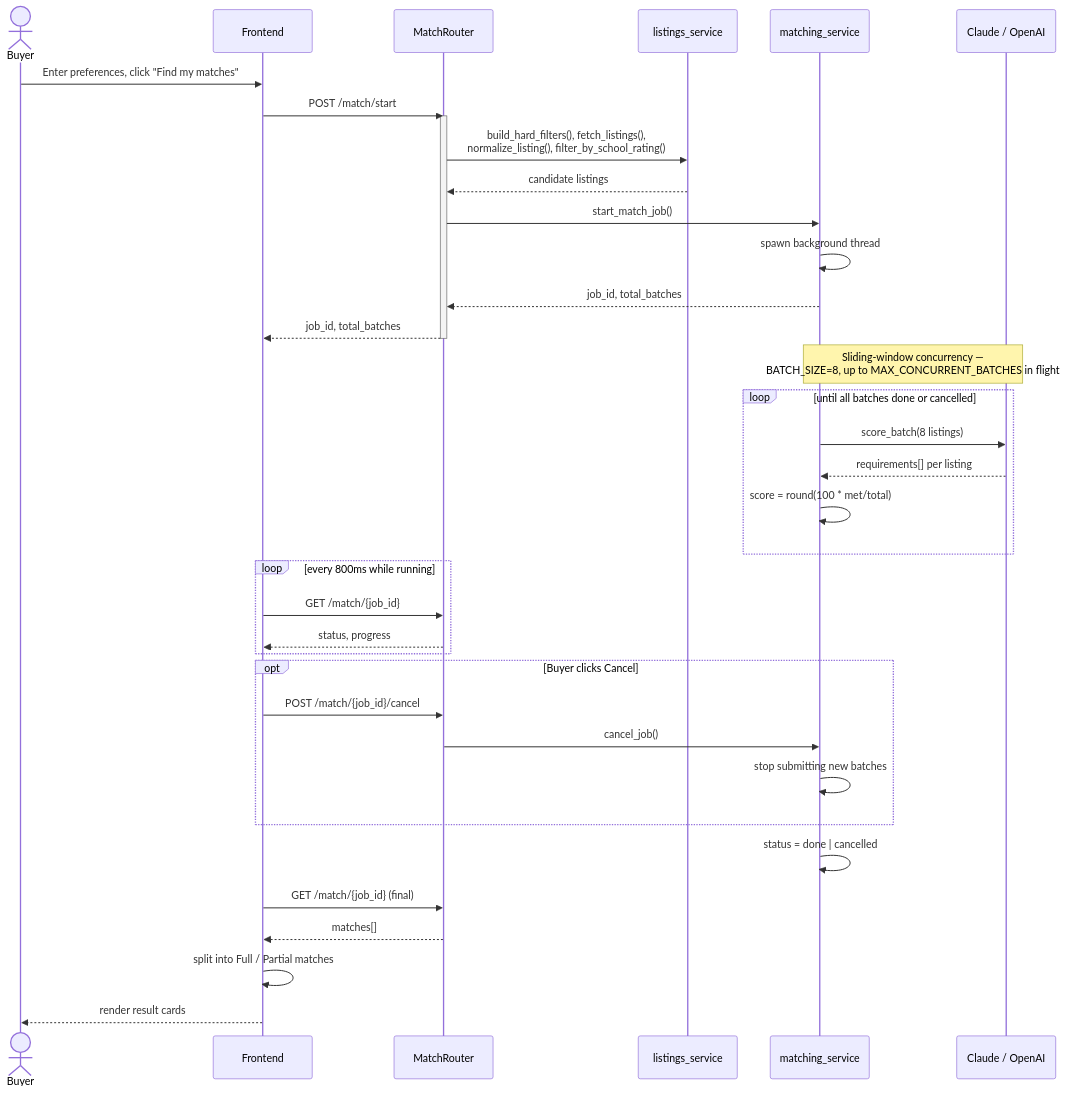
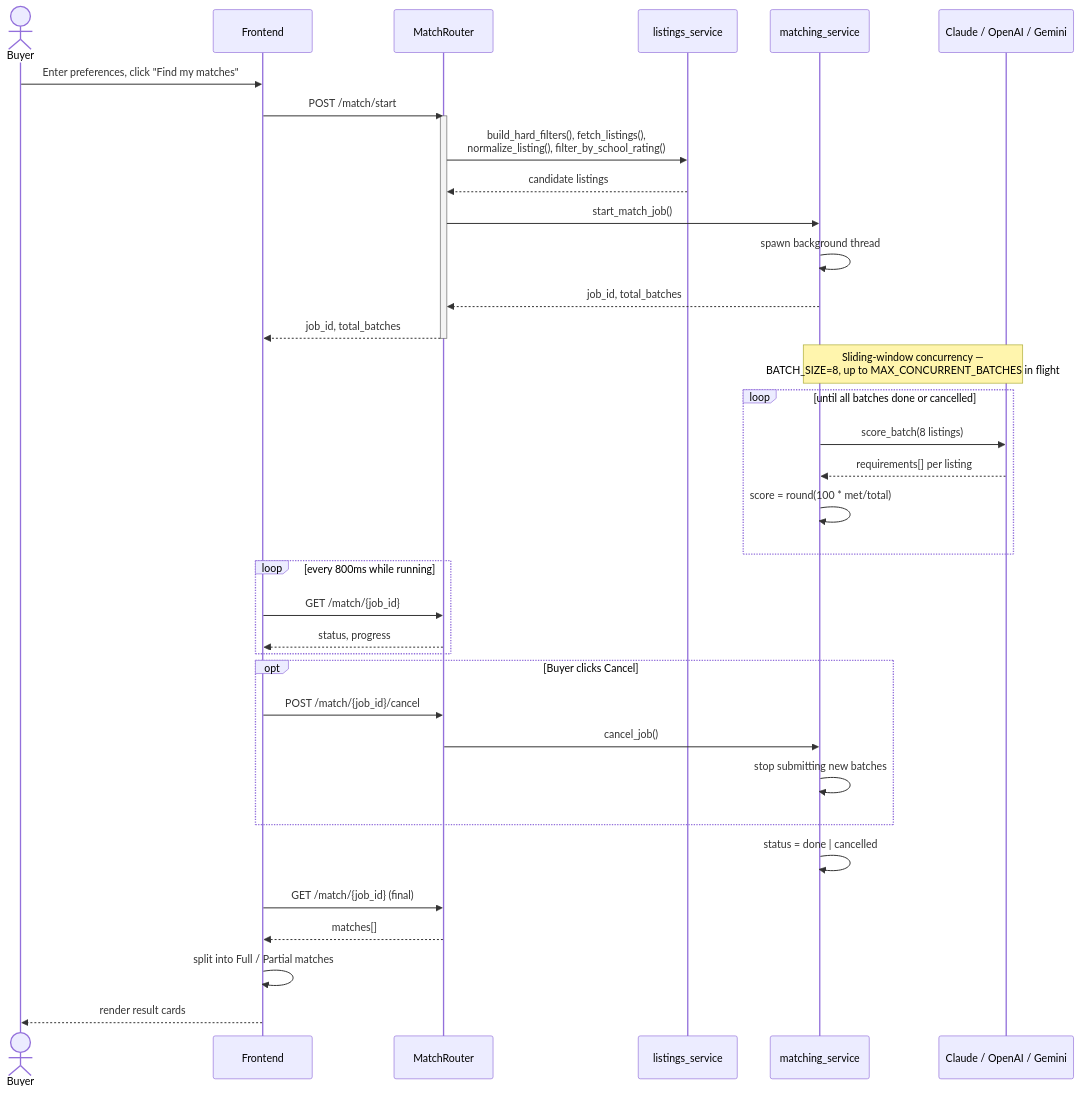
One commit to KhushbuVaishnav/HomeLens changed the fourth of 9 diagrams in docs/architecture.md. Above: the diagram before and after it, drawn with Mermaid. The commit also changed other lines of this file and 2 other files, not shown here.

````diff
--- a/docs/architecture.md
+++ b/docs/architecture.md
@@ -123,45 +129,45 @@
 ```mermaid
 sequenceDiagram
     actor Buyer
     participant FE as Frontend
     participant Router as MatchRouter
     participant LS as listings_service
     participant MS as matching_service
-    participant AI as Claude / OpenAI
+    participant AI as Claude / OpenAI / Gemini
 
     Buyer->>FE: Enter preferences, click "Find my matches"
     FE->>Router: POST /match/start
     activate Router
     Router->>LS: build_hard_filters(), fetch_listings(),<br/>normalize_listing(), filter_by_school_rating()
     LS-->>Router: candidate listings
     Router->>MS: start_match_job()
     MS->>MS: spawn background thread
     MS-->>Router: job_id, total_batches
     Router-->>FE: job_id, total_batches
     deactivate Router
 
     Note over MS,AI: Sliding-window concurrency —<br/>BATCH_SIZE=8, up to MAX_CONCURRENT_BATCHES in flight
 
     loop until all batches done or cancelled
         MS->>AI: score_batch(8 listings)
         AI-->>MS: requirements[] per listing
         MS->>MS: score = round(100 * met/total)
     end
 
     loop every 800ms while running
         FE->>Router: GET /match/{job_id}
         Router-->>FE: status, progress
     end
 
     opt Buyer clicks Cancel
         FE->>Router: POST /match/{job_id}/cancel
         Router->>MS: cancel_job()
         MS->>MS: stop submitting new batches
     end
 
     MS->>MS: status = done | cancelled
     FE->>Router: GET /match/{job_id} (final)
     Router-->>FE: matches[]
     FE->>FE: split into Full / Partial matches
     FE-->>Buyer: render result cards
 ```
````
